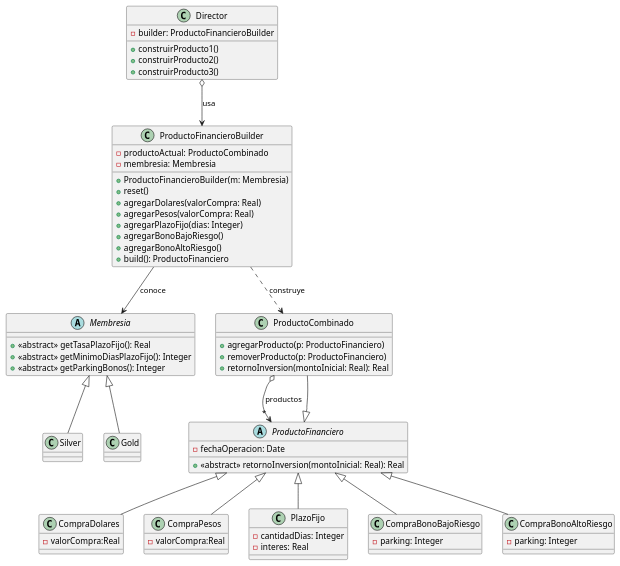
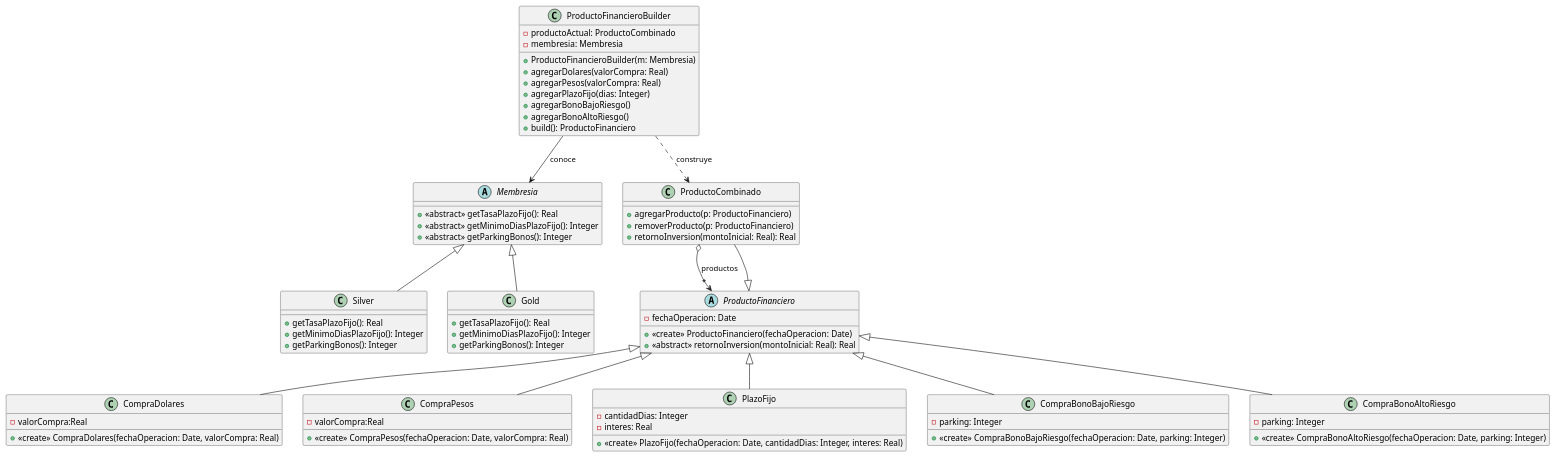
The diagram in Practicas/CuadernilloPatrones/Ejercicio7-ProductosFinancieros/umlCodigo.puml (estanivege98/OO2), drawn with PlantUML before and after one commit. The commit also changed 16 other files, not shown here.

```diff
--- a/Practicas/CuadernilloPatrones/Ejercicio7-ProductosFinancieros/umlCodigo.puml
+++ b/Practicas/CuadernilloPatrones/Ejercicio7-ProductosFinancieros/umlCodigo.puml
@@ -1,74 +1,77 @@
 @startuml
 abstract class ProductoFinanciero {
 -fechaOperacion: Date
++<<create>> ProductoFinanciero(fechaOperacion: Date)
 +<<abstract>> retornoInversion(montoInicial: Real): Real
 }
 class CompraDolares{
 -valorCompra:Real
++<<create>> CompraDolares(fechaOperacion: Date, valorCompra: Real)
 }
 class CompraPesos{
 -valorCompra:Real
++<<create>> CompraPesos(fechaOperacion: Date, valorCompra: Real)
 }
 class PlazoFijo{
 -cantidadDias: Integer
 -interes: Real
++<<create>> PlazoFijo(fechaOperacion: Date, cantidadDias: Integer, interes: Real)
 }
 class CompraBonoBajoRiesgo{
 -parking: Integer
++<<create>> CompraBonoBajoRiesgo(fechaOperacion: Date, parking: Integer)
 }
 class CompraBonoAltoRiesgo{
 -parking: Integer
++<<create>> CompraBonoAltoRiesgo(fechaOperacion: Date, parking: Integer)
 }
 class ProductoCombinado{
 +agregarProducto(p: ProductoFinanciero)
 +removerProducto(p: ProductoFinanciero)
 +retornoInversion(montoInicial: Real): Real
 }
 
 CompraDolares -up-|> ProductoFinanciero
 CompraPesos -up-|> ProductoFinanciero
 PlazoFijo -up-|> ProductoFinanciero
 CompraBonoBajoRiesgo -up-|> ProductoFinanciero
 CompraBonoAltoRiesgo -up-|> ProductoFinanciero
 ProductoCombinado -up-|> ProductoFinanciero
 ProductoCombinado o--> "*" ProductoFinanciero : productos
 
 abstract class Membresia {
 +<<abstract>> getTasaPlazoFijo(): Real
 +<<abstract>> getMinimoDiasPlazoFijo(): Integer
 +<<abstract>> getParkingBonos(): Integer
 }
 
 class Silver {
++getTasaPlazoFijo(): Real
++getMinimoDiasPlazoFijo(): Integer
++getParkingBonos(): Integer
 }
 class Gold {
++getTasaPlazoFijo(): Real
++getMinimoDiasPlazoFijo(): Integer
++getParkingBonos(): Integer
 }
 
 Silver -up-|> Membresia
 Gold -up-|> Membresia
 
 class ProductoFinancieroBuilder {
 -productoActual: ProductoCombinado
 -membresia: Membresia
 +ProductoFinancieroBuilder(m: Membresia)
-+reset()
 +agregarDolares(valorCompra: Real)
 +agregarPesos(valorCompra: Real)
 +agregarPlazoFijo(dias: Integer)
 +agregarBonoBajoRiesgo()
 +agregarBonoAltoRiesgo()
 +build(): ProductoFinanciero
 }
 
-class Director {
--builder: ProductoFinancieroBuilder
-+construirProducto1()
-+construirProducto2()
-+construirProducto3()
-}
-
 ProductoFinancieroBuilder ..> ProductoCombinado : construye
 ProductoFinancieroBuilder --> Membresia : conoce
-Director o--> ProductoFinancieroBuilder : usa
 
 @enduml
```
